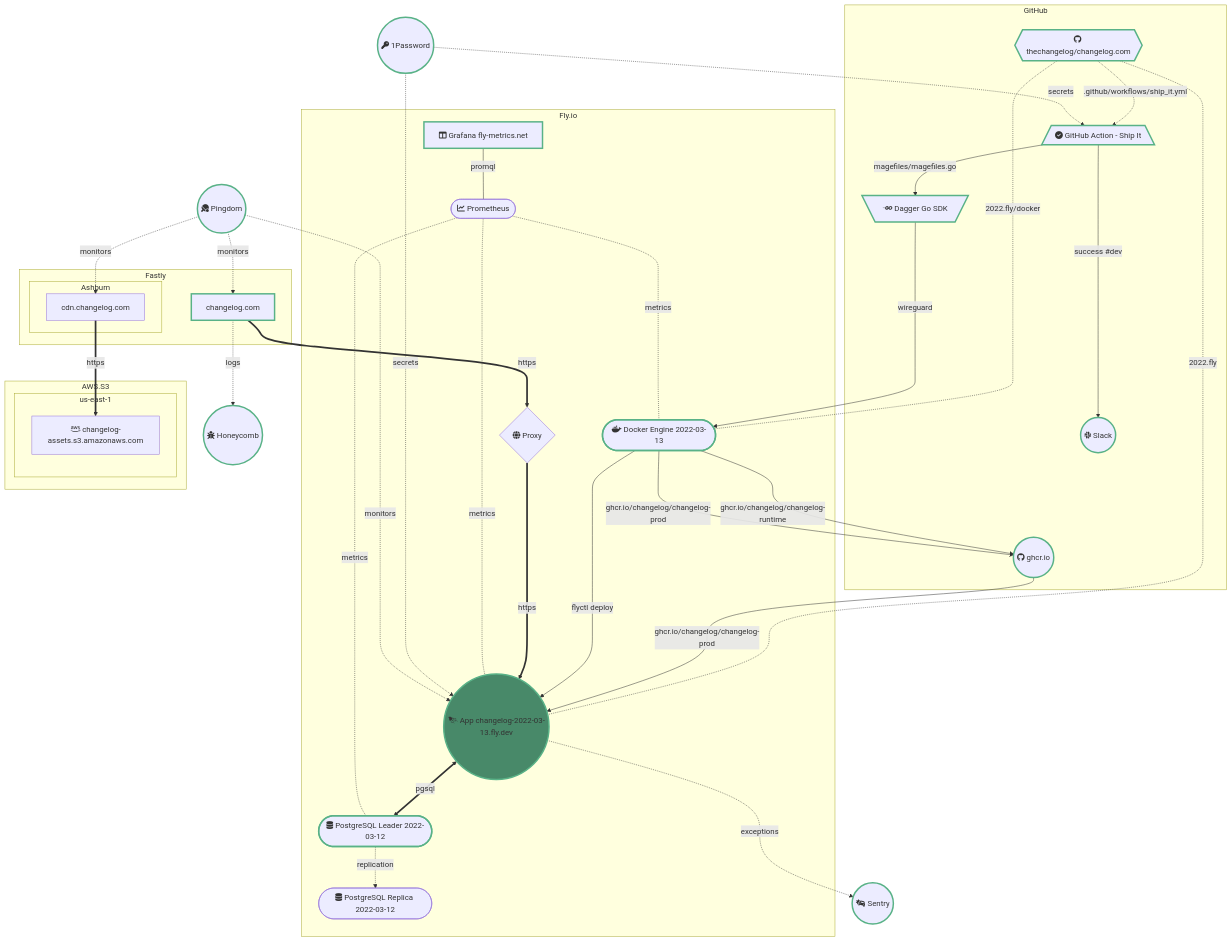
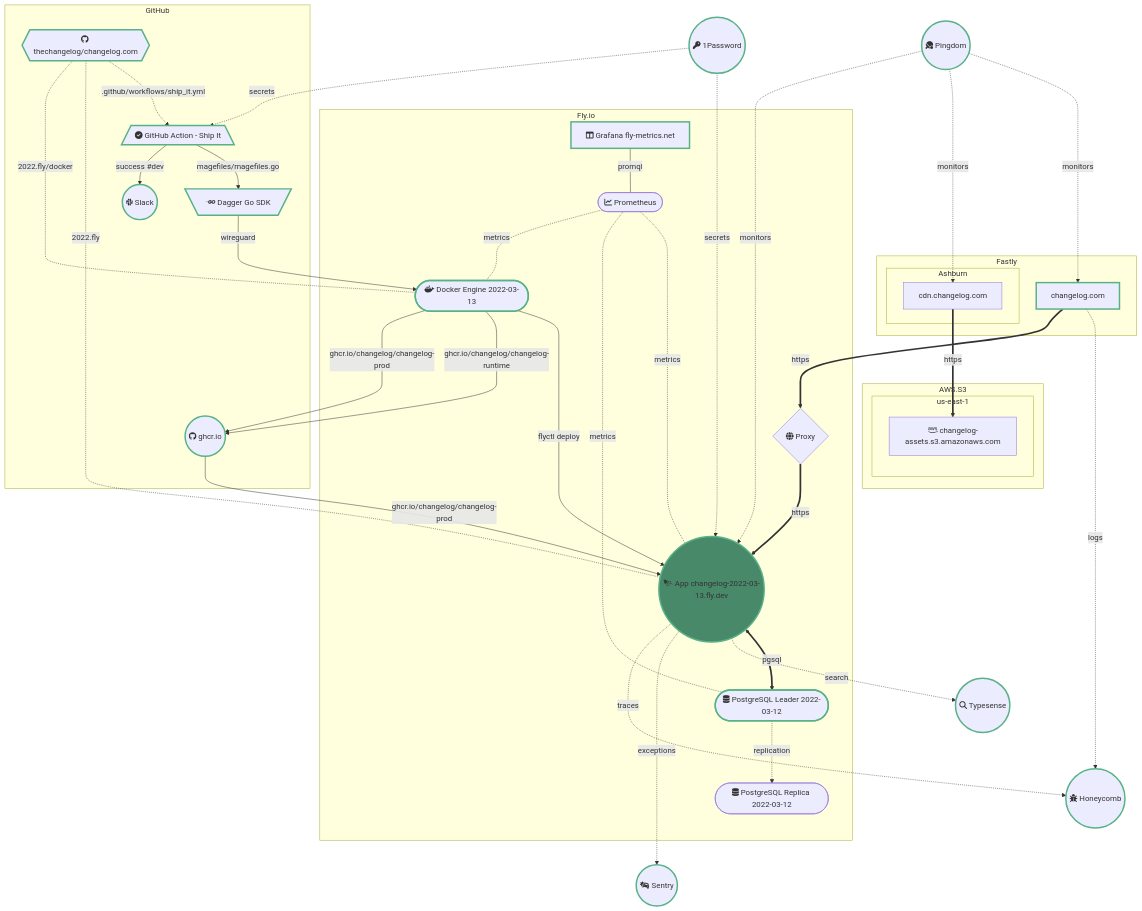
The diagram in INFRASTRUCTURE.md (thechangelog/changelog.com), drawn with Mermaid before and after one commit. The commit also changed other lines of this file, not shown here.

Commit message:
Add app traces to Honeycomb.io in infra diagram
Add a few missing services, like Typesense for search. Follow-up to
https://github.com/thechangelog/changelog.com/pull/444

````diff
--- a/INFRASTRUCTURE.md
+++ b/INFRASTRUCTURE.md
@@ -5,6 +5,8 @@
 ```mermaid
+%% https://fontawesome.com/search
 graph TD
     classDef link stroke:#59b287,stroke-width:3px;
+    
     %% Code & assets
     subgraph GitHub
         repo{{ fab:fa-github thechangelog/changelog.com }}:::link
@@ -25,14 +27,13 @@
         repo -.-> |.github/workflows/ship_it.yml| cicd
         cicd --> |magefiles/magefiles.go| automation
         
-        cicd ----> |success #dev| chat
-        
+        cicd --> |success #dev| chat
     end
     
     repo -.- |2022.fly| app
     
-    registry ---> |ghcr.io/changelog/changelog-prod| app
-    container ---> |flyctl deploy| app
+    registry --> |ghcr.io/changelog/changelog-prod| app
+    container --> |flyctl deploy| app
         
     repo -.- |2022.fly/docker| container
 
@@ -40,7 +41,7 @@
     subgraph Fly.io
     
         proxy{fa:fa-globe Proxy}
-        proxy ====> |https| app
+        proxy ==> |https| app
 
 
         container([ fab:fa-docker Docker Engine 2022-03-13 ]):::link
@@ -58,7 +59,7 @@
         app <==> |pgsql| dbw
         dbw -.-> |replication| dbr1
 
-        automation ---> |wireguard| container
+        automation --> |wireguard| container
         container --> |ghcr.io/changelog/changelog-runtime| registry
         container --> |ghcr.io/changelog/changelog-prod| registry
 
@@ -66,20 +67,25 @@
         metrics[ fa:fa-columns Grafana fly-metrics.net ]:::link
         click metrics "https://fly-metrics.net"
         metrics --- |promql| metricsdb
-        metricsdb -..- |metrics| app
-        metricsdb -..- |metrics| dbw
-        metricsdb -..- |metrics| container
+        metricsdb -.- |metrics| app
+        metricsdb -.- |metrics| dbw
+        metricsdb -.- |metrics| container
     end
 
+    %% Secrets
     secrets(( fa:fa-key 1Password )):::link
     click secrets "https://changelog.1password.com/"
     secrets -.-> |secrets| app
     secrets -.-> |secrets| cicd
-        
+
+    %% Search
+    search(( fa:fa-magnifying-glass Typesense )):::link
+    app -.-> |search| search
+
     %% Exceptions
     exceptions(( fa:fa-car-crash Sentry )):::link
     click exceptions "https://sentry.io/organizations/changelog-media/issues/?project=5668962"
-    app -..-> |exceptions| exceptions
+    app -...-> |exceptions| exceptions
 
     %% CDN - https://manage.fastly.com/configure/services/7gKbcKSKGDyqU7IuDr43eG
     subgraph Fastly
@@ -90,9 +96,13 @@
             cdn[ cdn.changelog.com ]
         end
     end
+
+    %% Observability
     observability(( fa:fa-bug Honeycomb )):::link
     click observability "https://ui.honeycomb.io/changelog/boards"
     apex -.-> |logs| observability
+    app -..-> |traces| observability
+    
     apex ==> |https| proxy
     subgraph AWS.S3
         subgraph us-east-1
@@ -104,7 +114,7 @@
     %% Monitoring
     monitoring(( fa:fa-table-tennis Pingdom )):::link
     click monitoring "https://my.pingdom.com/app/newchecks/checks"
-    monitoring -.-> |monitors| apex
+    monitoring -...-> |monitors| apex
     monitoring -.-> |monitors| cdn
     monitoring -.-> |monitors| app
 ```
````
